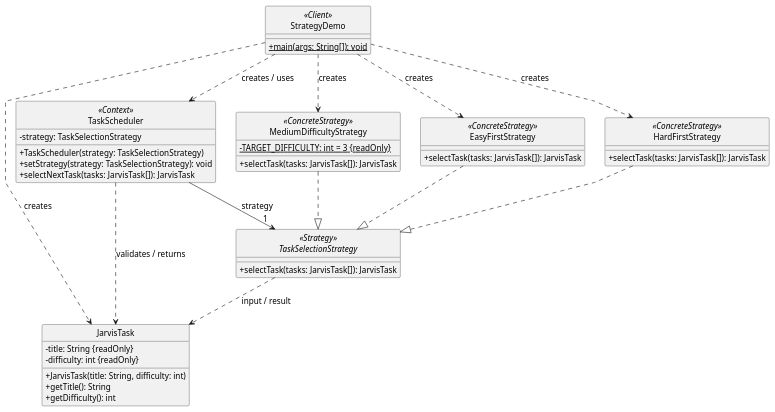
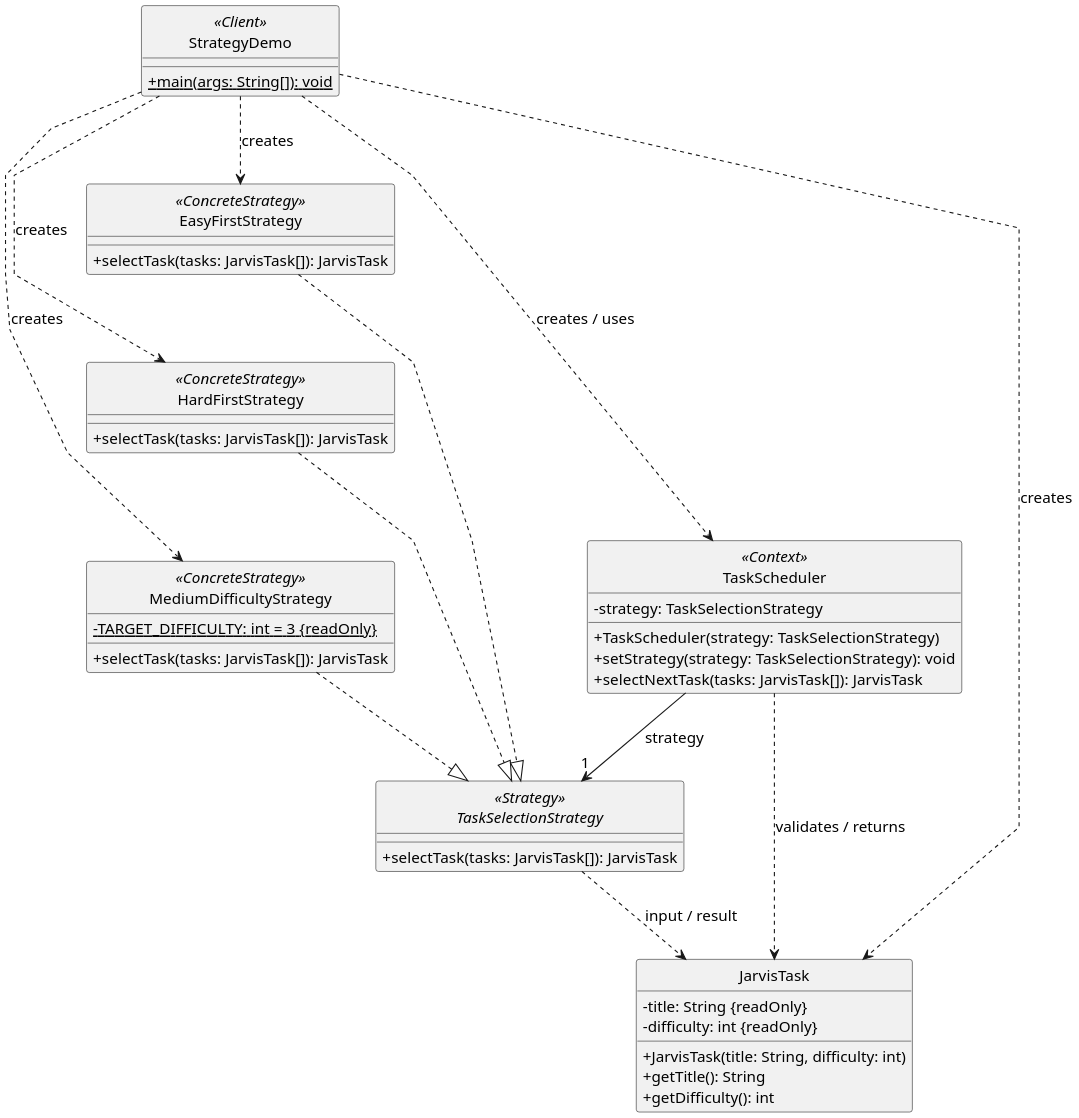
One commit to wwezzy/sdp-assignment-5 changed the diagram in docs/strategy-uml.puml. Above: the diagram before and after it, drawn with PlantUML. The commit also changed 6 other files, not shown here.

```diff
--- a/docs/strategy-uml.puml
+++ b/docs/strategy-uml.puml
@@ -1,62 +1,65 @@
 @startuml
 top to bottom direction
 skinparam classAttributeIconSize 0
 skinparam shadowing false
 skinparam backgroundColor white
 skinparam defaultFontName Arial
 skinparam defaultFontSize 14
+skinparam dpi 180
 skinparam linetype polyline
 hide circle
 
 class StrategyDemo <<Client>> {
   +{static} main(args: String[]): void
 }
 
 class TaskScheduler <<Context>> {
   -strategy: TaskSelectionStrategy
   +TaskScheduler(strategy: TaskSelectionStrategy)
   +setStrategy(strategy: TaskSelectionStrategy): void
   +selectNextTask(tasks: JarvisTask[]): JarvisTask
 }
 
 interface TaskSelectionStrategy <<Strategy>> {
   +selectTask(tasks: JarvisTask[]): JarvisTask
 }
 
 together {
   class EasyFirstStrategy <<ConcreteStrategy>> {
     +selectTask(tasks: JarvisTask[]): JarvisTask
   }
 
   class HardFirstStrategy <<ConcreteStrategy>> {
     +selectTask(tasks: JarvisTask[]): JarvisTask
   }
 
   class MediumDifficultyStrategy <<ConcreteStrategy>> {
     -{static} TARGET_DIFFICULTY: int = 3 {readOnly}
     +selectTask(tasks: JarvisTask[]): JarvisTask
   }
 }
 
 class JarvisTask {
   -title: String {readOnly}
   -difficulty: int {readOnly}
   +JarvisTask(title: String, difficulty: int)
   +getTitle(): String
   +getDifficulty(): int
 }
 
 TaskScheduler --> "1" TaskSelectionStrategy : strategy
 EasyFirstStrategy ..|> TaskSelectionStrategy
 HardFirstStrategy ..|> TaskSelectionStrategy
 MediumDifficultyStrategy ..|> TaskSelectionStrategy
 
 StrategyDemo ..> TaskScheduler : creates / uses
 StrategyDemo ..> EasyFirstStrategy : creates
 StrategyDemo ..> HardFirstStrategy : creates
 StrategyDemo ..> MediumDifficultyStrategy : creates
 StrategyDemo ..> JarvisTask : creates
 
 TaskScheduler ..> JarvisTask : validates / returns
 TaskSelectionStrategy ..> JarvisTask : input / result
+EasyFirstStrategy -[hidden]down-> HardFirstStrategy
+HardFirstStrategy -[hidden]down-> MediumDifficultyStrategy
 @enduml
```
